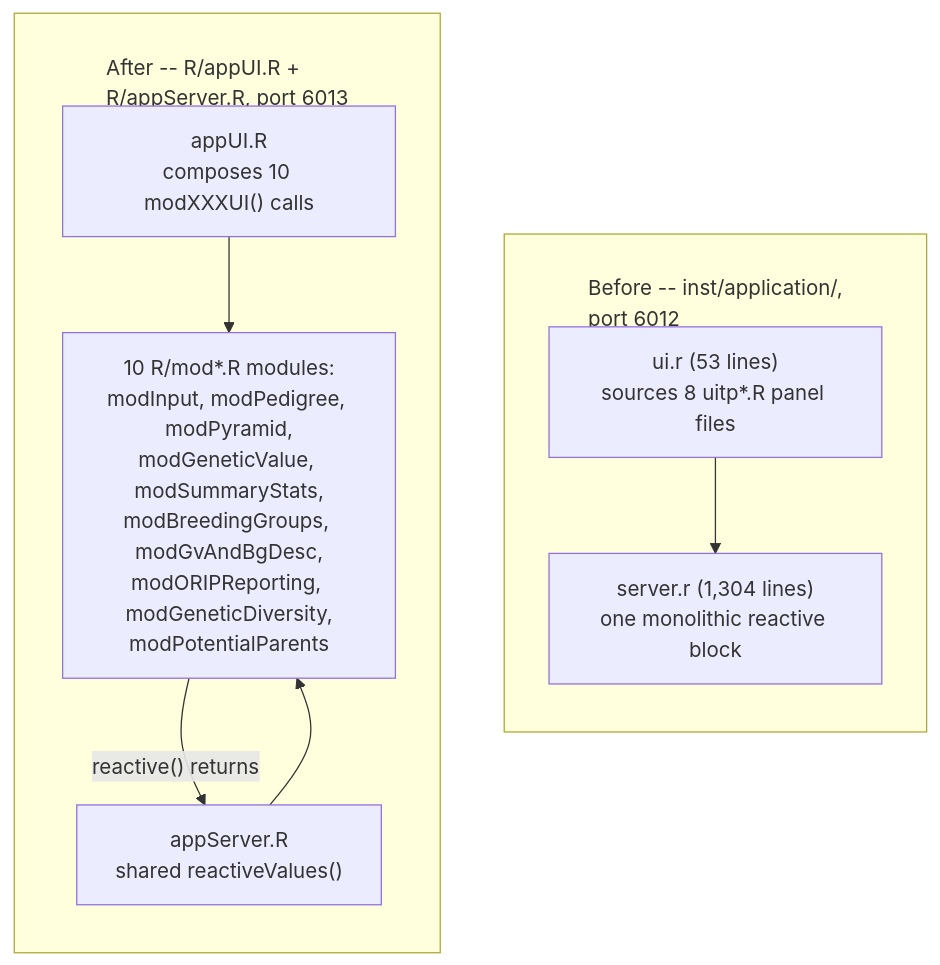
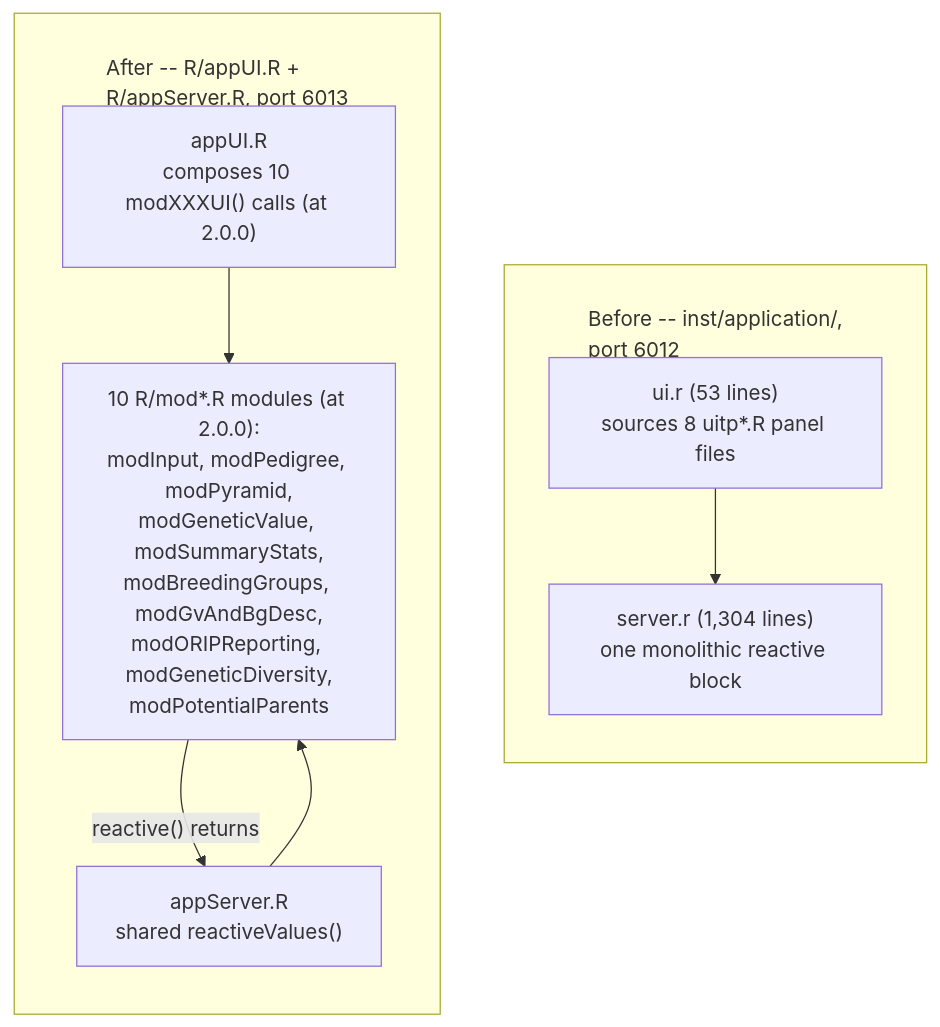
The first of 2 diagrams in vignettes/articles/engineering-the-2.0.0-release.qmd (rmsharp/nprcgenekeepr), drawn with Mermaid before and after one commit. The commit also changed other lines of this file and 1 other file, not shown here.

````diff
--- a/vignettes/articles/engineering-the-2.0.0-release.qmd
+++ b/vignettes/articles/engineering-the-2.0.0-release.qmd
@@ -154,18 +154,18 @@
 ```{mermaid}
 %%{init: {"flowchart": {"subGraphTitleMargin": {"top": 30, "bottom": 5}}}}%%
 flowchart TB
   subgraph Before["Before -- inst/application/,<br/>port 6012"]
     direction TB
     ui1["ui.r (53 lines)<br/>sources 8 uitp*.R panel files"] --> srv1
     srv1["server.r (1,304 lines)<br/>one monolithic reactive block"]
   end
   subgraph After["After -- R/appUI.R +<br/>R/appServer.R, port 6013"]
     direction TB
-    ui2["appUI.R<br/>composes 10 modXXXUI() calls"]
+    ui2["appUI.R<br/>composes 10 modXXXUI() calls (at 2.0.0)"]
     srv2["appServer.R<br/>shared reactiveValues()"]
-    mods["10 R/mod*.R modules:<br/>modInput, modPedigree, modPyramid,<br/>modGeneticValue, modSummaryStats,<br/>modBreedingGroups, modGvAndBgDesc,<br/>modORIPReporting, modGeneticDiversity,<br/>modPotentialParents"]
+    mods["10 R/mod*.R modules (at 2.0.0):<br/>modInput, modPedigree, modPyramid,<br/>modGeneticValue, modSummaryStats,<br/>modBreedingGroups, modGvAndBgDesc,<br/>modORIPReporting, modGeneticDiversity,<br/>modPotentialParents"]
     ui2 --> mods
     srv2 --> mods
     mods -- "reactive() returns" --> srv2
   end
 ```
````
